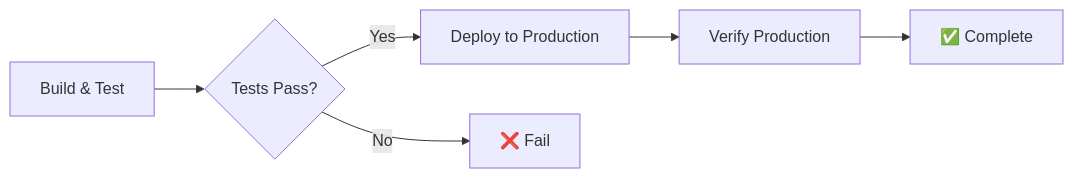
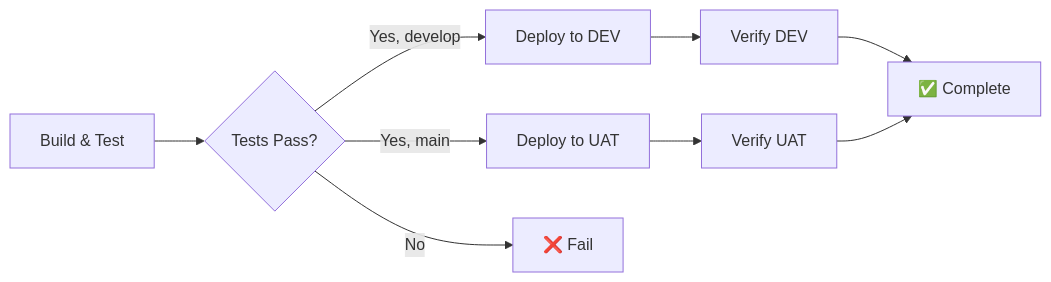
Before and after one commit to jjbutler74/MyWeekendsLeft: the diagram in infrastructure/README.md, drawn with Mermaid. The commit also changed other lines of this file, not shown here.

First line of the commit message:
Update infrastructure README for .NET 10 and DEV/UAT

````diff
--- a/infrastructure/README.md
+++ b/infrastructure/README.md
@@ -109,8 +110,11 @@
 ```mermaid
 graph LR
     A[Build & Test] --> B{Tests Pass?}
-    B -->|Yes| C[Deploy to Production]
-    B -->|No| D[❌ Fail]
-    C --> E[Verify Production]
-    E --> F[✅ Complete]
+    B -->|Yes, develop| C[Deploy to DEV]
+    B -->|Yes, main| D[Deploy to UAT]
+    B -->|No| E[❌ Fail]
+    C --> F[Verify DEV]
+    D --> G[Verify UAT]
+    F --> H[✅ Complete]
+    G --> H
 ```
````
